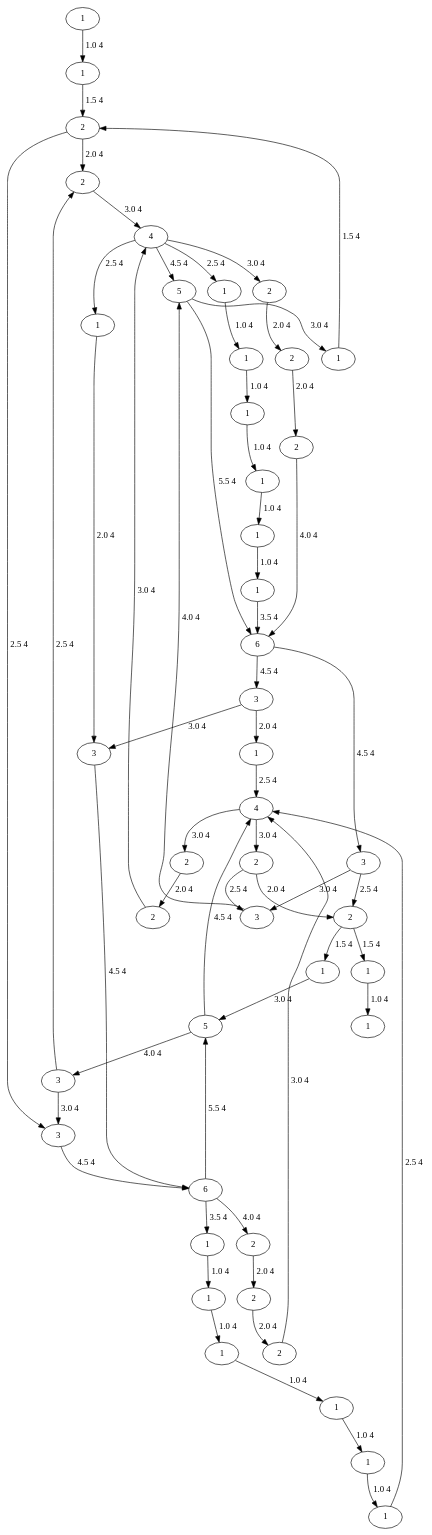
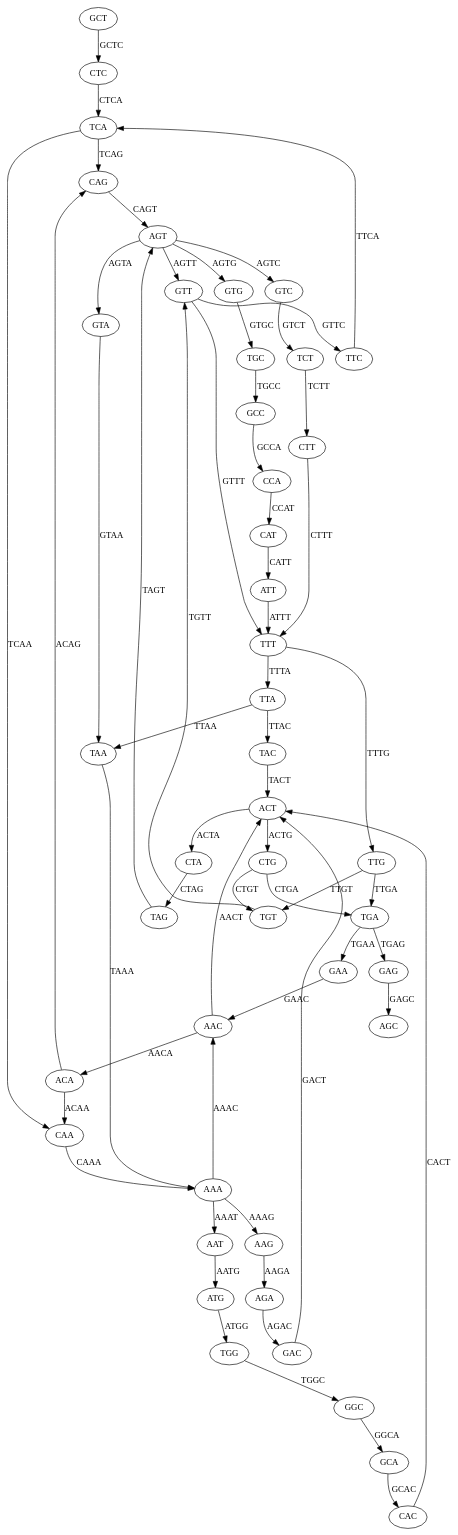
One commit to LisaSkalon/hw_4-python-graph-de-brujin changed the diagram in graph.gv. Above: the diagram before and after it, drawn with Graphviz. The commit also changed 1 other file, not shown here.

Commit message:
full graph

```diff
--- a/graph.gv
+++ b/graph.gv
@@ -1,104 +1,104 @@
 digraph {
-	GCT [label=1]
-	GCT -> CTC [label="1.0 4"]
-	CTC [label=1]
-	CTC -> TCA [label="1.5 4"]
-	TCA [label=2]
-	TCA -> CAG [label="2.0 4"]
-	TCA -> CAA [label="2.5 4"]
-	CAG [label=2]
-	CAG -> AGT [label="3.0 4"]
-	AGT [label=4]
-	AGT -> GTT [label="4.5 4"]
-	AGT -> GTG [label="2.5 4"]
-	AGT -> GTA [label="2.5 4"]
-	AGT -> GTC [label="3.0 4"]
-	GTT [label=5]
-	GTT -> TTT [label="5.5 4"]
-	GTT -> TTC [label="3.0 4"]
-	TTT [label=6]
-	TTT -> TTA [label="4.5 4"]
-	TTT -> TTG [label="4.5 4"]
-	TTA [label=3]
-	TTA -> TAC [label="2.0 4"]
-	TTA -> TAA [label="3.0 4"]
-	TAC [label=1]
-	TAC -> ACT [label="2.5 4"]
-	ACT [label=4]
-	ACT -> CTA [label="3.0 4"]
-	ACT -> CTG [label="3.0 4"]
-	CTA [label=2]
-	CTA -> TAG [label="2.0 4"]
-	TAG [label=2]
-	TAG -> AGT [label="3.0 4"]
-	GTG [label=1]
-	GTG -> TGC [label="1.0 4"]
-	TGC [label=1]
-	TGC -> GCC [label="1.0 4"]
-	GCC [label=1]
-	GCC -> CCA [label="1.0 4"]
-	CCA [label=1]
-	CCA -> CAT [label="1.0 4"]
-	CAT [label=1]
-	CAT -> ATT [label="1.0 4"]
-	ATT [label=1]
-	ATT -> TTT [label="3.5 4"]
-	TTG [label=3]
-	TTG -> TGT [label="3.0 4"]
-	TTG -> TGA [label="2.5 4"]
-	TGT [label=3]
-	TGT -> GTT [label="4.0 4"]
-	AAC [label=5]
-	AAC -> ACA [label="4.0 4"]
-	AAC -> ACT [label="4.5 4"]
-	ACA [label=3]
-	ACA -> CAA [label="3.0 4"]
-	ACA -> CAG [label="2.5 4"]
-	CAA [label=3]
-	CAA -> AAA [label="4.5 4"]
-	AAA [label=6]
-	AAA -> AAT [label="3.5 4"]
-	AAA -> AAC [label="5.5 4"]
-	AAA -> AAG [label="4.0 4"]
-	AAT [label=1]
-	AAT -> ATG [label="1.0 4"]
-	ATG [label=1]
-	ATG -> TGG [label="1.0 4"]
-	TGG [label=1]
-	TGG -> GGC [label="1.0 4"]
-	GGC [label=1]
-	GGC -> GCA [label="1.0 4"]
-	GCA [label=1]
-	GCA -> CAC [label="1.0 4"]
-	CAC [label=1]
-	CAC -> ACT [label="2.5 4"]
-	GTA [label=1]
-	GTA -> TAA [label="2.0 4"]
-	TAA [label=3]
-	TAA -> AAA [label="4.5 4"]
-	CTG [label=2]
-	CTG -> TGA [label="2.0 4"]
-	CTG -> TGT [label="2.5 4"]
-	TGA [label=2]
-	TGA -> GAG [label="1.5 4"]
-	TGA -> GAA [label="1.5 4"]
-	GAG [label=1]
-	GAG -> AGC [label="1.0 4"]
-	AGC [label=1]
-	TTC [label=1]
-	TTC -> TCA [label="1.5 4"]
-	AAG [label=2]
-	AAG -> AGA [label="2.0 4"]
-	AGA [label=2]
-	AGA -> GAC [label="2.0 4"]
-	GAC [label=2]
-	GAC -> ACT [label="3.0 4"]
-	GTC [label=2]
-	GTC -> TCT [label="2.0 4"]
-	TCT [label=2]
-	TCT -> CTT [label="2.0 4"]
-	CTT [label=2]
-	CTT -> TTT [label="4.0 4"]
-	GAA [label=1]
-	GAA -> AAC [label="3.0 4"]
+	GCT
+	GCT -> CTC [label=GCTC]
+	CTC
+	CTC -> TCA [label=CTCA]
+	TCA
+	TCA -> CAG [label=TCAG]
+	TCA -> CAA [label=TCAA]
+	CAG
+	CAG -> AGT [label=CAGT]
+	AGT
+	AGT -> GTT [label=AGTT]
+	AGT -> GTG [label=AGTG]
+	AGT -> GTA [label=AGTA]
+	AGT -> GTC [label=AGTC]
+	GTT
+	GTT -> TTT [label=GTTT]
+	GTT -> TTC [label=GTTC]
+	TTT
+	TTT -> TTA [label=TTTA]
+	TTT -> TTG [label=TTTG]
+	TTA
+	TTA -> TAC [label=TTAC]
+	TTA -> TAA [label=TTAA]
+	TAC
+	TAC -> ACT [label=TACT]
+	ACT
+	ACT -> CTA [label=ACTA]
+	ACT -> CTG [label=ACTG]
+	CTA
+	CTA -> TAG [label=CTAG]
+	TAG
+	TAG -> AGT [label=TAGT]
+	GTG
+	GTG -> TGC [label=GTGC]
+	TGC
+	TGC -> GCC [label=TGCC]
+	GCC
+	GCC -> CCA [label=GCCA]
+	CCA
+	CCA -> CAT [label=CCAT]
+	CAT
+	CAT -> ATT [label=CATT]
+	ATT
+	ATT -> TTT [label=ATTT]
+	TTG
+	TTG -> TGT [label=TTGT]
+	TTG -> TGA [label=TTGA]
+	TGT
+	TGT -> GTT [label=TGTT]
+	AAC
+	AAC -> ACA [label=AACA]
+	AAC -> ACT [label=AACT]
+	ACA
+	ACA -> CAA [label=ACAA]
+	ACA -> CAG [label=ACAG]
+	CAA
+	CAA -> AAA [label=CAAA]
+	AAA
+	AAA -> AAT [label=AAAT]
+	AAA -> AAC [label=AAAC]
+	AAA -> AAG [label=AAAG]
+	AAT
+	AAT -> ATG [label=AATG]
+	ATG
+	ATG -> TGG [label=ATGG]
+	TGG
+	TGG -> GGC [label=TGGC]
+	GGC
+	GGC -> GCA [label=GGCA]
+	GCA
+	GCA -> CAC [label=GCAC]
+	CAC
+	CAC -> ACT [label=CACT]
+	GTA
+	GTA -> TAA [label=GTAA]
+	TAA
+	TAA -> AAA [label=TAAA]
+	CTG
+	CTG -> TGA [label=CTGA]
+	CTG -> TGT [label=CTGT]
+	TGA
+	TGA -> GAG [label=TGAG]
+	TGA -> GAA [label=TGAA]
+	GAG
+	GAG -> AGC [label=GAGC]
+	AGC
+	TTC
+	TTC -> TCA [label=TTCA]
+	AAG
+	AAG -> AGA [label=AAGA]
+	AGA
+	AGA -> GAC [label=AGAC]
+	GAC
+	GAC -> ACT [label=GACT]
+	GTC
+	GTC -> TCT [label=GTCT]
+	TCT
+	TCT -> CTT [label=TCTT]
+	CTT
+	CTT -> TTT [label=CTTT]
+	GAA
+	GAA -> AAC [label=GAAC]
 }
```
